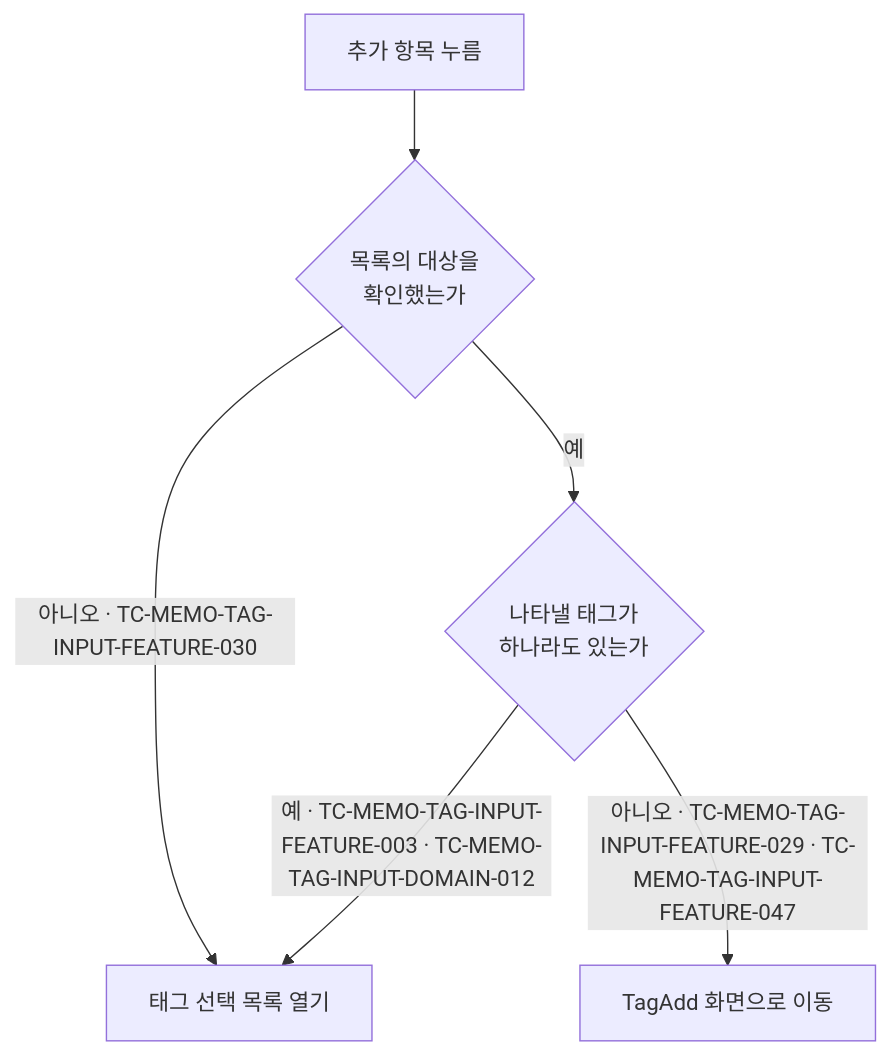
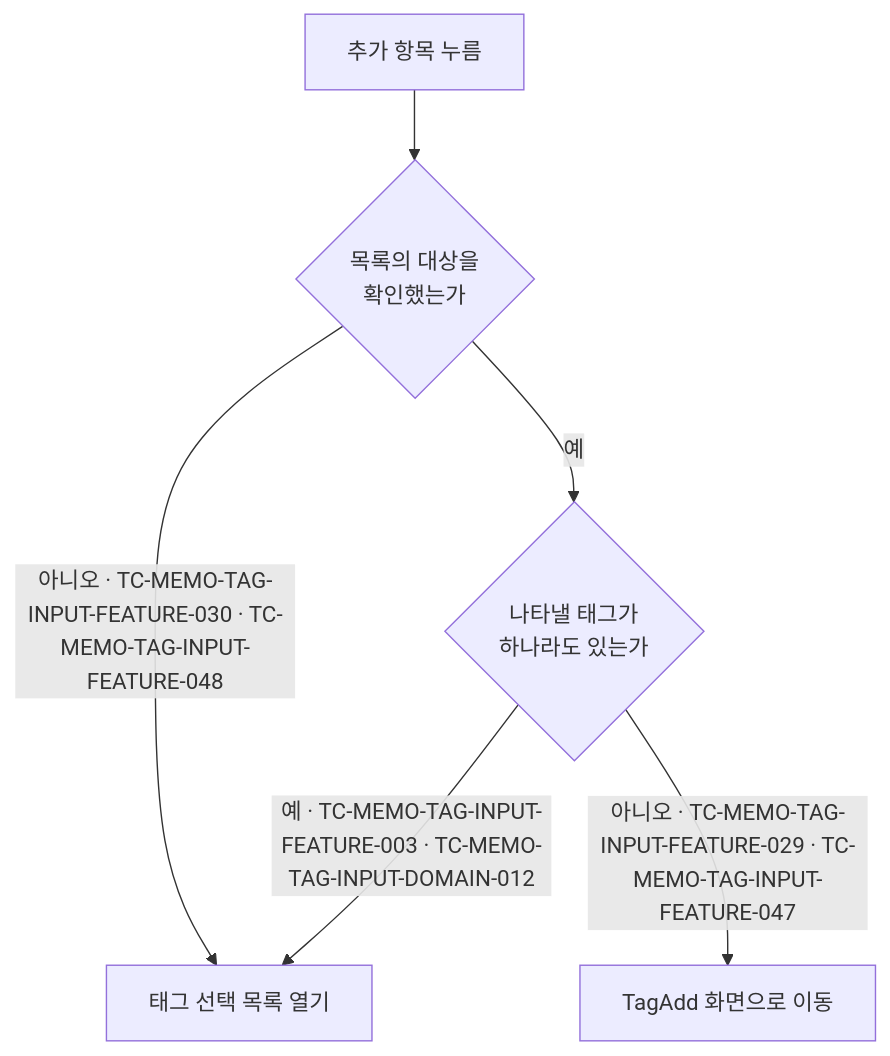
One commit to taetae98coding/DiaryKMP changed the diagram in docs/testcase/memo-tag-input.md. Above: the diagram before and after it, drawn with Mermaid. The commit also changed other lines of this file and 130 other files, not shown here.

````diff
--- a/docs/testcase/memo-tag-input.md
+++ b/docs/testcase/memo-tag-input.md
@@ -37,8 +37,8 @@
 ```mermaid
 flowchart TD
     Click["추가 항목 누름"] --> Ready{"목록의 대상을<br/>확인했는가"}
-    Ready -- "아니오 · TC-MEMO-TAG-INPUT-FEATURE-030" --> Open["태그 선택 목록 열기"]
+    Ready -- "아니오 · TC-MEMO-TAG-INPUT-FEATURE-030 · TC-MEMO-TAG-INPUT-FEATURE-048" --> Open["태그 선택 목록 열기"]
     Ready -- 예 --> Any{"나타낼 태그가<br/>하나라도 있는가"}
     Any -- "예 · TC-MEMO-TAG-INPUT-FEATURE-003 · TC-MEMO-TAG-INPUT-DOMAIN-012" --> Open
     Any -- "아니오 · TC-MEMO-TAG-INPUT-FEATURE-029 · TC-MEMO-TAG-INPUT-FEATURE-047" --> Move["TagAdd 화면으로 이동"]
 ```
````
